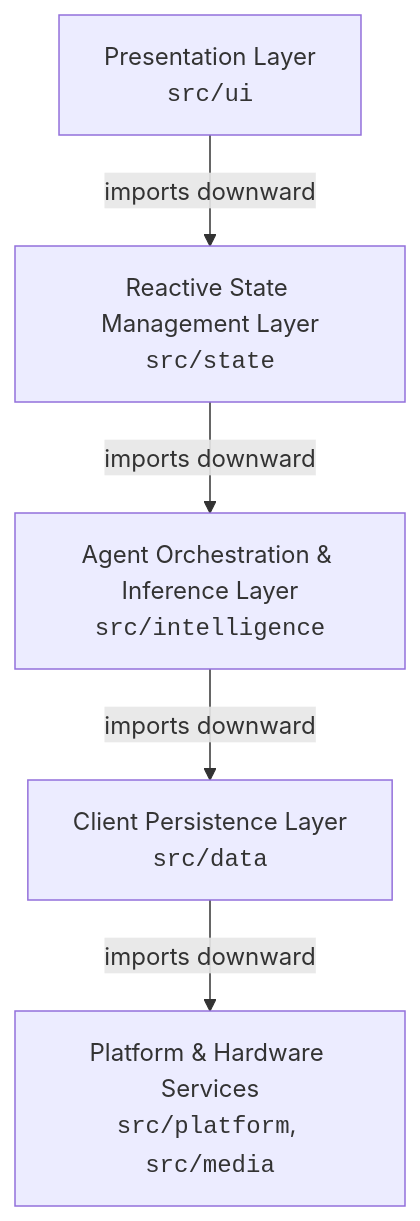
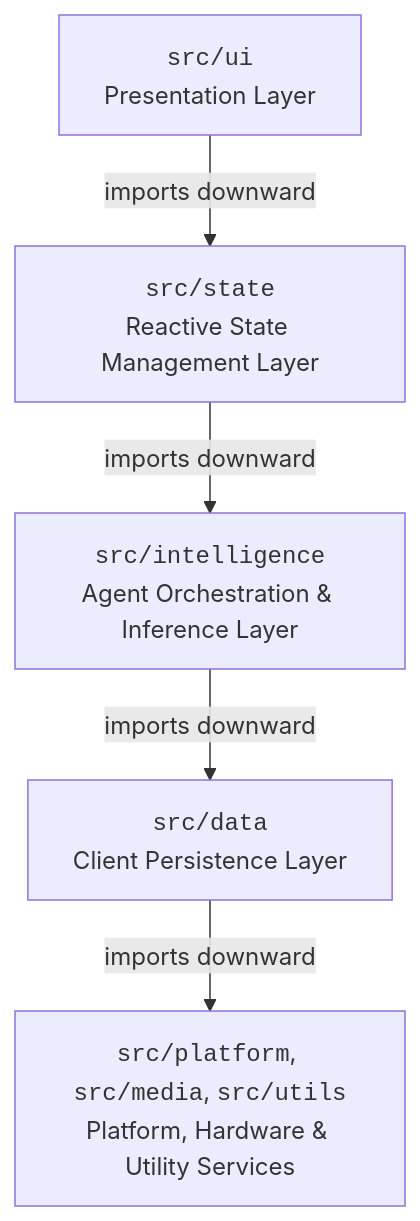
One commit to JooduG/RPGlitch changed the first of 3 diagrams in ARCHITECTURE.md. Above: the diagram before and after it, drawn with Mermaid. The commit also changed other lines of this file and 7 other files, not shown here.

````diff
--- a/ARCHITECTURE.md
+++ b/ARCHITECTURE.md
@@ -11,13 +16,13 @@
 ```mermaid
 flowchart TD
-    UI["Presentation Layer<br><code>src/ui</code>"]
-    State["Reactive State Management Layer<br><code>src/state</code>"]
-    Intelligence["Agent Orchestration & Inference Layer<br><code>src/intelligence</code>"]
-    Data["Client Persistence Layer<br><code>src/data</code>"]
-    Platform["Platform & Hardware Services<br><code>src/platform</code>, <code>src/media</code>"]
+    UI["<code>src/ui</code><br>Presentation Layer"]
+    State["<code>src/state</code><br>Reactive State Management Layer"]
+    Intelligence["<code>src/intelligence</code><br>Agent Orchestration & Inference Layer"]
+    Data["<code>src/data</code><br>Client Persistence Layer"]
+    Platform["<code>src/platform</code>, <code>src/media</code>, <code>src/utils</code><br>Platform, Hardware & Utility Services"]
 
     UI --> |imports downward| State
     State --> |imports downward| Intelligence
     Intelligence --> |imports downward| Data
     Data --> |imports downward| Platform
 ```
````
